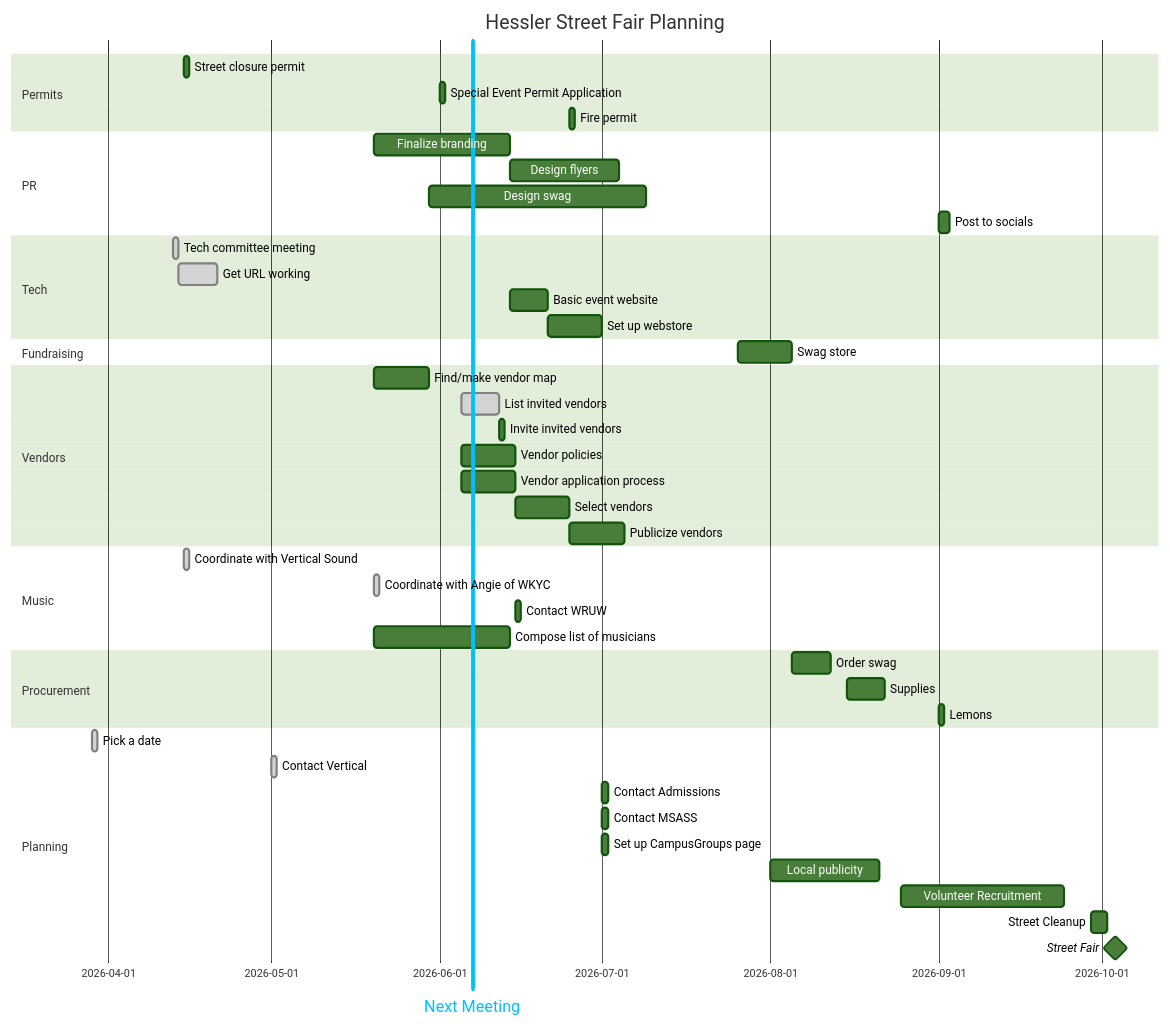
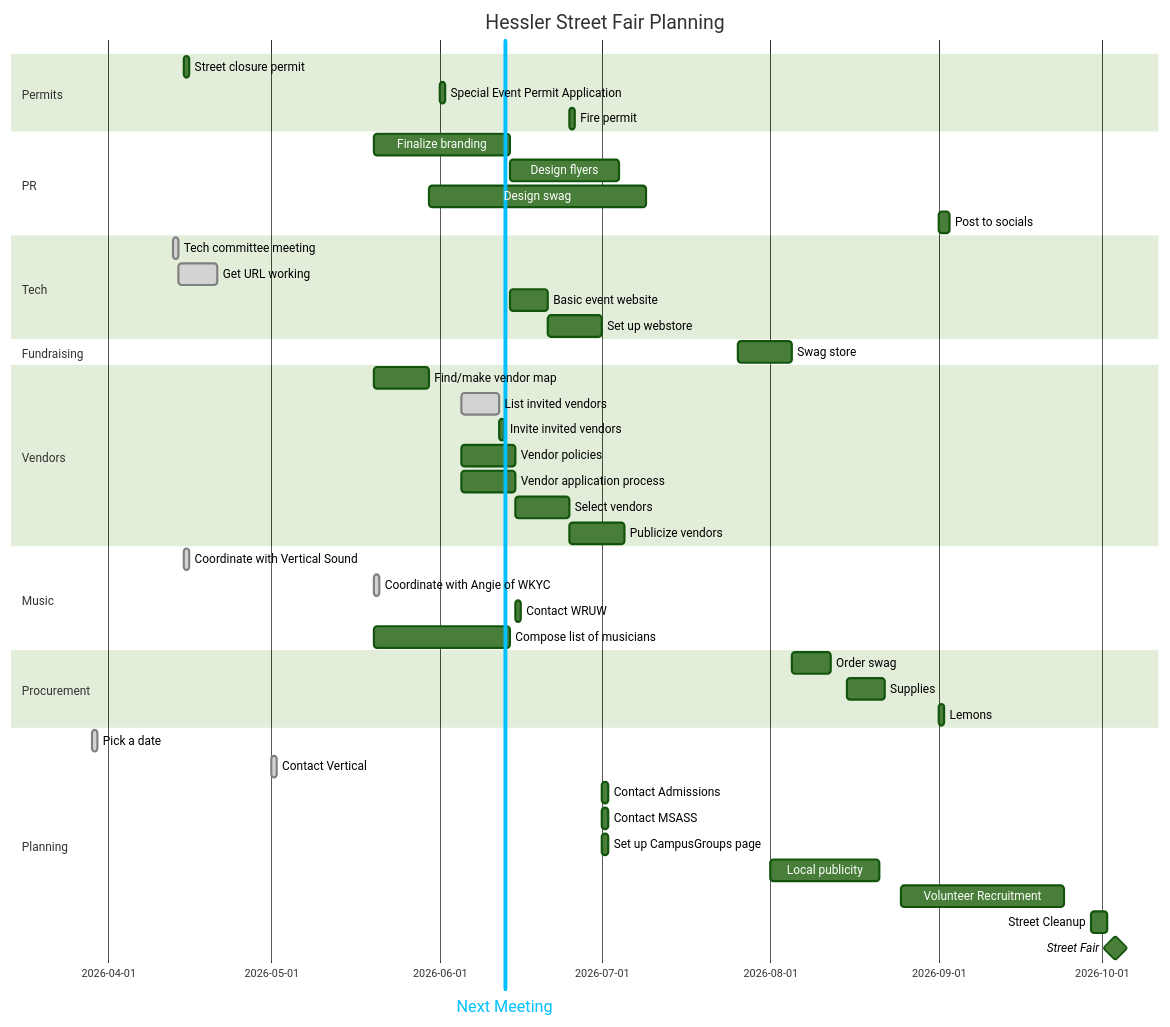
Before and after one commit to KCollins/KCollins.github.io: the first of 2 diagrams in files/fairplan.md, drawn with Mermaid.

````diff
--- a/files/fairplan.md
+++ b/files/fairplan.md
@@ -1,52 +1,52 @@
 ```mermaid
 %%{init: {'theme': 'forest'}}%%
 gantt
     title  Hessler Street Fair Planning
     dateFormat YYYY-MM-DD
     section Permits
             Street closure permit    :streetpermit, 2026-04-15, 1d
             Special Event Permit Application    :eventpermit, 2026-06-01, 1d
             Fire permit    :firepermit, after vendorselect eventpermit, 1d
 
     section PR
             Finalize branding : brand, 2026-05-20, 25d
             Design flyers : flyers, after brand, 20d
             Design swag    : designswag, 2026-05-30, 40d
             Post to socials: socials, 2026-09-01, 2d
     section Tech
             Tech committee meeting: done, techmeet, 2026-04-13, 1d
             Get URL working:done, url, after techmeet, 7d
             Basic event website: basicsite, after brand, 7d
             Set up webstore: webstore, after basicsite, 10d
     section Fundraising
             Swag store    :swagstore, after designswag webstore swag, 10d
     section Vendors
             Find/make vendor map: vendormap, 2026-05-20, 10d
             List invited vendors: done, invitelist, 2026-06-05, 7d
             Invite invited vendors: invite, after invitelist eventpermit, 1d
             Vendor policies: policy, 2026-06-05, 10d
             Vendor application process: vendorapp, 2026-06-05, 10d
             Select vendors: vendorselect, after invitelist vendorapp, 10d
             Publicize vendors: vendor-announce, after vendorselect, 10d
     section Music
             Coordinate with Vertical Sound    :done, vertical, 2026-04-15, 1d
             Coordinate with Angie of WKYC    : done, wkyc, 2026-05-20, 1d
             Contact WRUW: wruw, 2026-06-15, 1d
             Compose list of musicians: musiclist, 2026-05-20, 25d
     section Procurement
             Order swag:   swag, after swagstore, 7d
             Supplies: supplies, 2026-08-15, 7d
             Lemons: lemons, 2026-09-01, 1d
     section Planning
             Pick a date :done, pick, 2026-03-29, 1d
-            Next Meeting :vert, v1, 2026-06-07, 0d
+            Next Meeting :vert, v1, 2026-06-13, 0d
             Contact Vertical: done, vertical, 2026-05-01, 1d
             Contact Admissions: admissions, 2026-07-01, 1d
             Contact MSASS: msass, 2026-07-01, 1d
             Set up CampusGroups page: campusgroups, 2026-07-01, 1d
             Local publicity: publicize, 2026-08-01, 20d
             Volunteer Recruitment: recruit, 2026-08-25, 30d
             Street Cleanup: cleanup, 2026-09-29, 3d
             Street Fair        :milestone, streetfair, 2026-10-03, 1d
 
 ```
````
